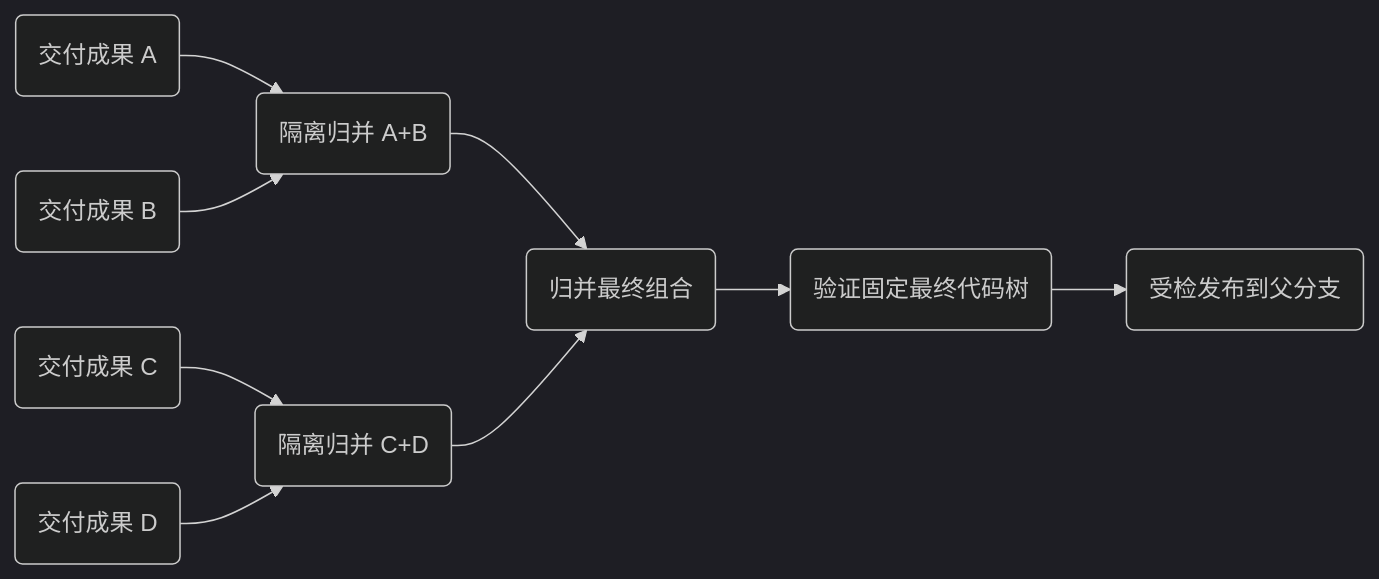
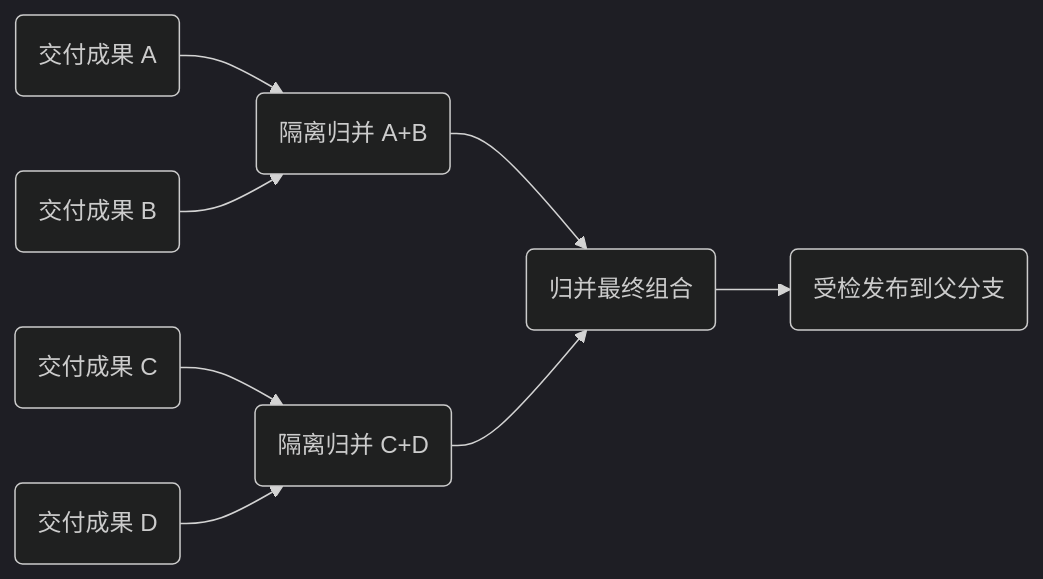
Before and after one commit to Loyage/lush: the diagram in docs/design/merge-convergence.md, drawn with Mermaid (dark theme). The commit also changed other lines of this file and 56 other files, not shown here.

````diff
--- a/docs/design/merge-convergence.md
+++ b/docs/design/merge-convergence.md
@@ -27,11 +27,10 @@
 ```mermaid
 flowchart LR
     A("交付成果 A") --> AB("隔离归并 A+B")
     B("交付成果 B") --> AB
     C("交付成果 C") --> CD("隔离归并 C+D")
     D("交付成果 D") --> CD
     AB --> ALL("归并最终组合")
     CD --> ALL
-    ALL --> V("验证固定最终代码树")
-    V --> P("受检发布到父分支")
+    ALL --> P("受检发布到父分支")
 ```
````
